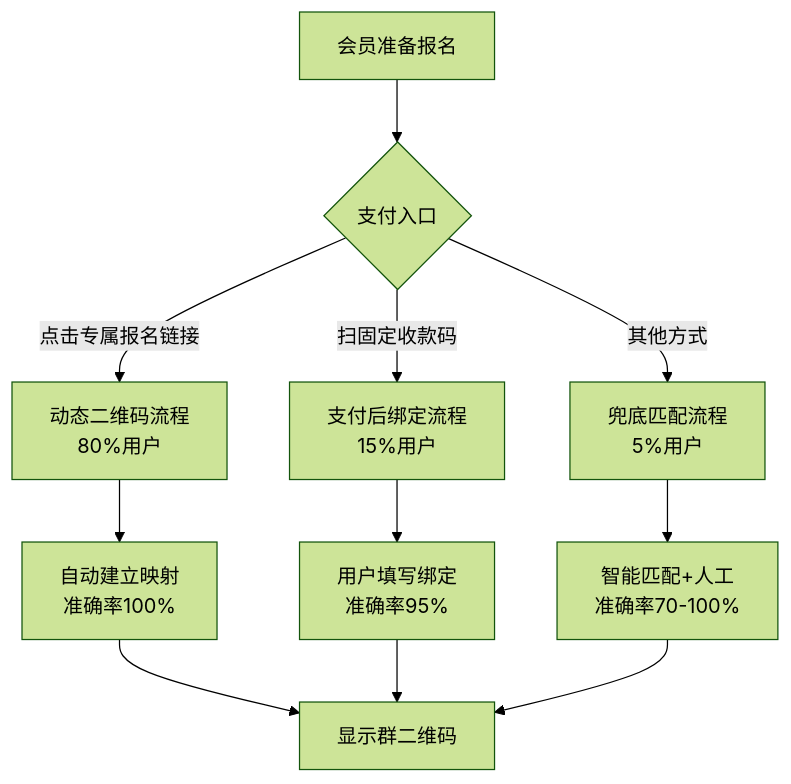
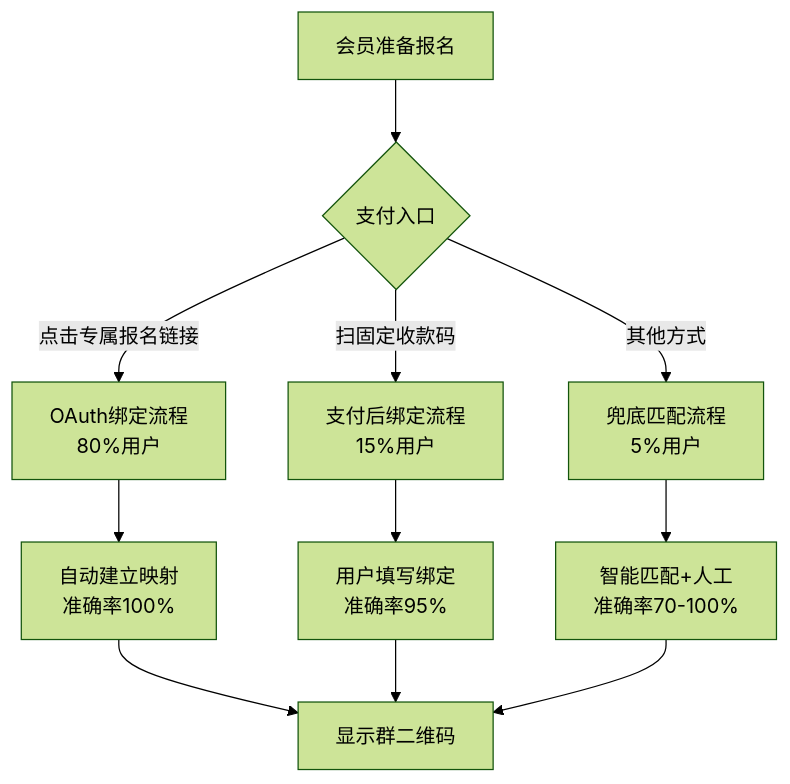
The second of 16 diagrams in docs/v1/diagrams/业务流程图.md (yiancode/AutoDepositRefundAgent), drawn with Mermaid (forest theme) before and after one commit. The commit also changed other lines of this file and 9 other files, not shown here.

````diff
--- a/docs/v1/diagrams/业务流程图.md
+++ b/docs/v1/diagrams/业务流程图.md
@@ -55,16 +55,16 @@
 ```mermaid
 flowchart TD
     A[会员准备报名] --> B{支付入口}
 
-    B -->|点击专属报名链接| C[动态二维码流程<br/>80%用户]
+    B -->|点击专属报名链接| C[OAuth绑定流程<br/>80%用户]
     B -->|扫固定收款码| D[支付后绑定流程<br/>15%用户]
     B -->|其他方式| E[兜底匹配流程<br/>5%用户]
 
     C --> F[自动建立映射<br/>准确率100%]
     D --> G[用户填写绑定<br/>准确率95%]
     E --> H[智能匹配+人工<br/>准确率70-100%]
 
     F --> I[显示群二维码]
     G --> I
     H --> I
 ```
````
